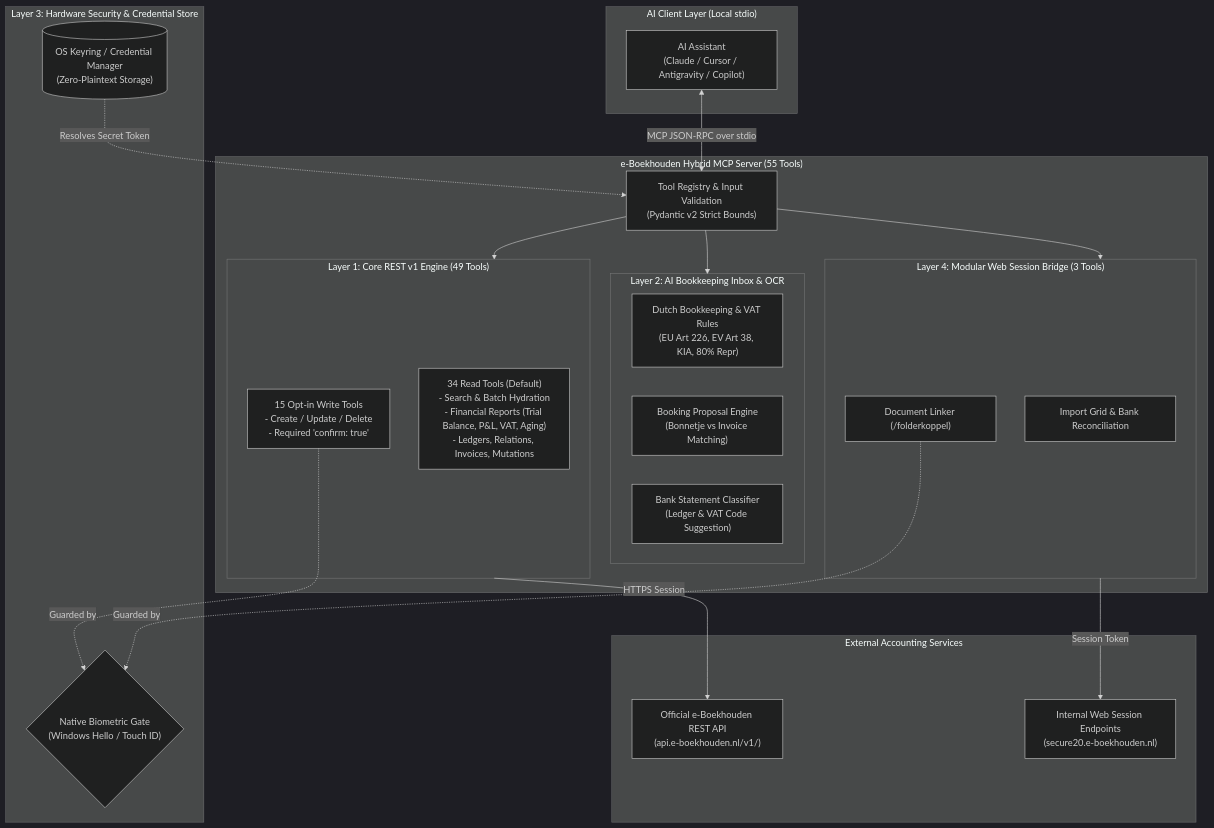
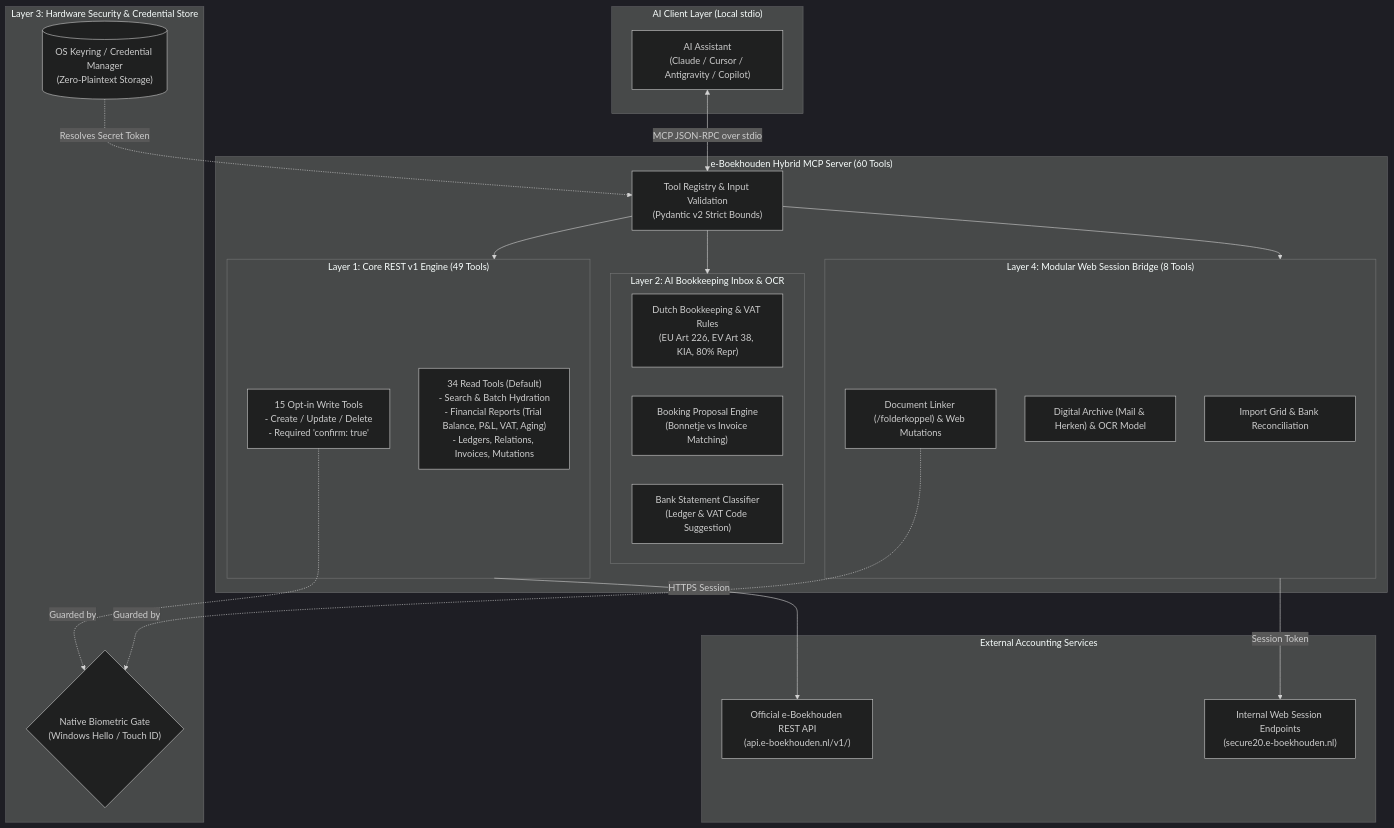
The diagram in README.md (hemelbesem90s/e-Boekhouden-MCP), drawn with Mermaid (dark theme) before and after one commit. The commit also changed other lines of this file and 9 other files, not shown here.

Commit message:
feat(web-session): add Digital Archive Mail & Herken and web mutation model tools

````diff
--- a/README.md
+++ b/README.md
@@ -43,46 +43,47 @@
 ```mermaid
 flowchart TD
     subgraph ClientLayer["AI Client Layer (Local stdio)"]
         AI["AI Assistant\n(Claude / Cursor / Antigravity / Copilot)"]
     end
 
     subgraph SecurityLayer["Layer 3: Hardware Security & Credential Store"]
         BioGate{"Native Biometric Gate\n(Windows Hello / Touch ID)"}
         KeyringStore[("OS Keyring / Credential Manager\n(Zero-Plaintext Storage)")]
     end
 
-    subgraph MCPServer["e-Boekhouden Hybrid MCP Server (55 Tools)"]
+    subgraph MCPServer["e-Boekhouden Hybrid MCP Server (60 Tools)"]
         Registry["Tool Registry & Input Validation\n(Pydantic v2 Strict Bounds)"]
         
         subgraph L1["Layer 1: Core REST v1 Engine (49 Tools)"]
             RESTRead["34 Read Tools (Default)\n- Search & Batch Hydration\n- Financial Reports (Trial Balance, P&L, VAT, Aging)\n- Ledgers, Relations, Invoices, Mutations"]
             RESTWrite["15 Opt-in Write Tools\n- Create / Update / Delete\n- Required 'confirm: true'"]
         end
 
         subgraph L2["Layer 2: AI Bookkeeping Inbox & OCR"]
             DutchRules["Dutch Bookkeeping & VAT Rules\n(EU Art 226, EV Art 38, KIA, 80% Repr)"]
             Proposal["Booking Proposal Engine\n(Bonnetje vs Invoice Matching)"]
             BankClassify["Bank Statement Classifier\n(Ledger & VAT Code Suggestion)"]
         end
 
-        subgraph L4["Layer 4: Modular Web Session Bridge (3 Tools)"]
+        subgraph L4["Layer 4: Modular Web Session Bridge (8 Tools)"]
             WebGrid["Import Grid & Bank Reconciliation"]
-            WebAttach["Document Linker (/folderkoppel)"]
+            WebArchive["Digital Archive (Mail & Herken) & OCR Model"]
+            WebAttach["Document Linker (/folderkoppel) & Web Mutations"]
         end
     end
 
     subgraph RemoteAPI["External Accounting Services"]
         OfficialAPI["Official e-Boekhouden REST API\n(api.e-boekhouden.nl/v1/)"]
         WebSession["Internal Web Session Endpoints\n(secure20.e-boekhouden.nl)"]
     end
 
     AI <-->|MCP JSON-RPC over stdio| Registry
     KeyringStore -.->|Resolves Secret Token| Registry
     Registry --> L1
     Registry --> L2
     Registry --> L4
     RESTWrite -.->|Guarded by| BioGate
     WebAttach -.->|Guarded by| BioGate
     L1 -->|HTTPS Session| OfficialAPI
     L4 -->|Session Token| WebSession
 ```
````
